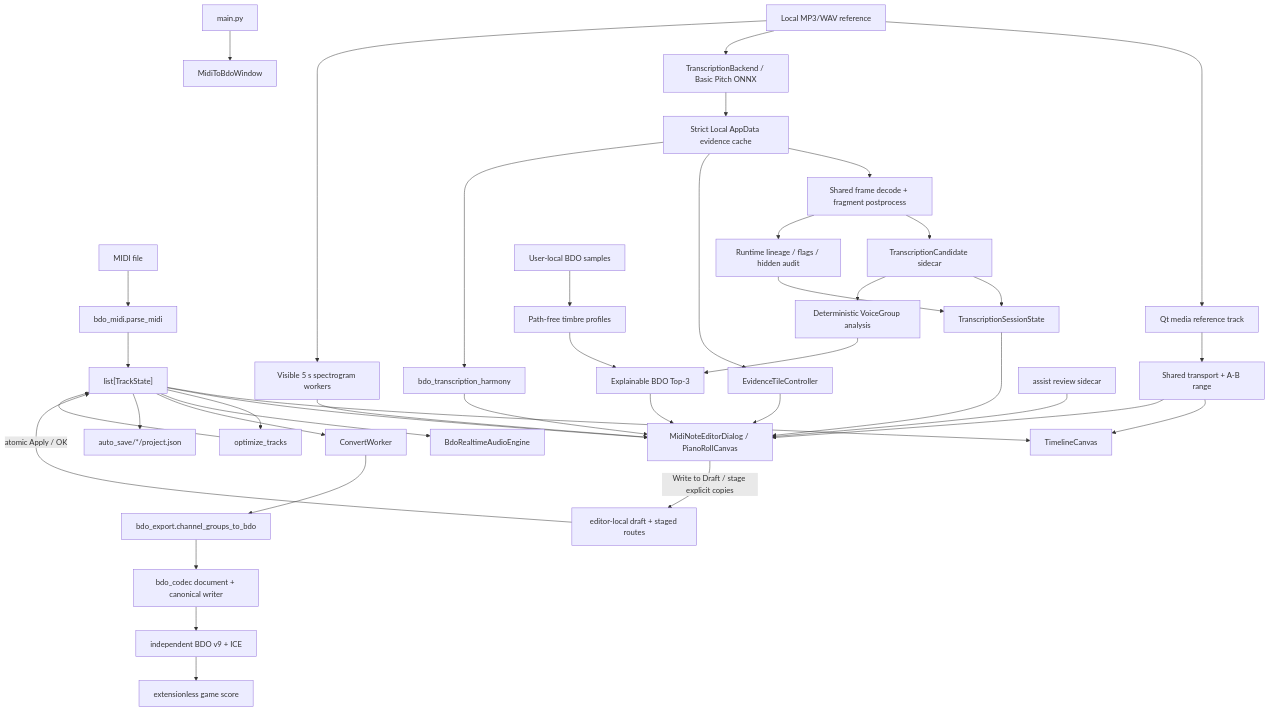
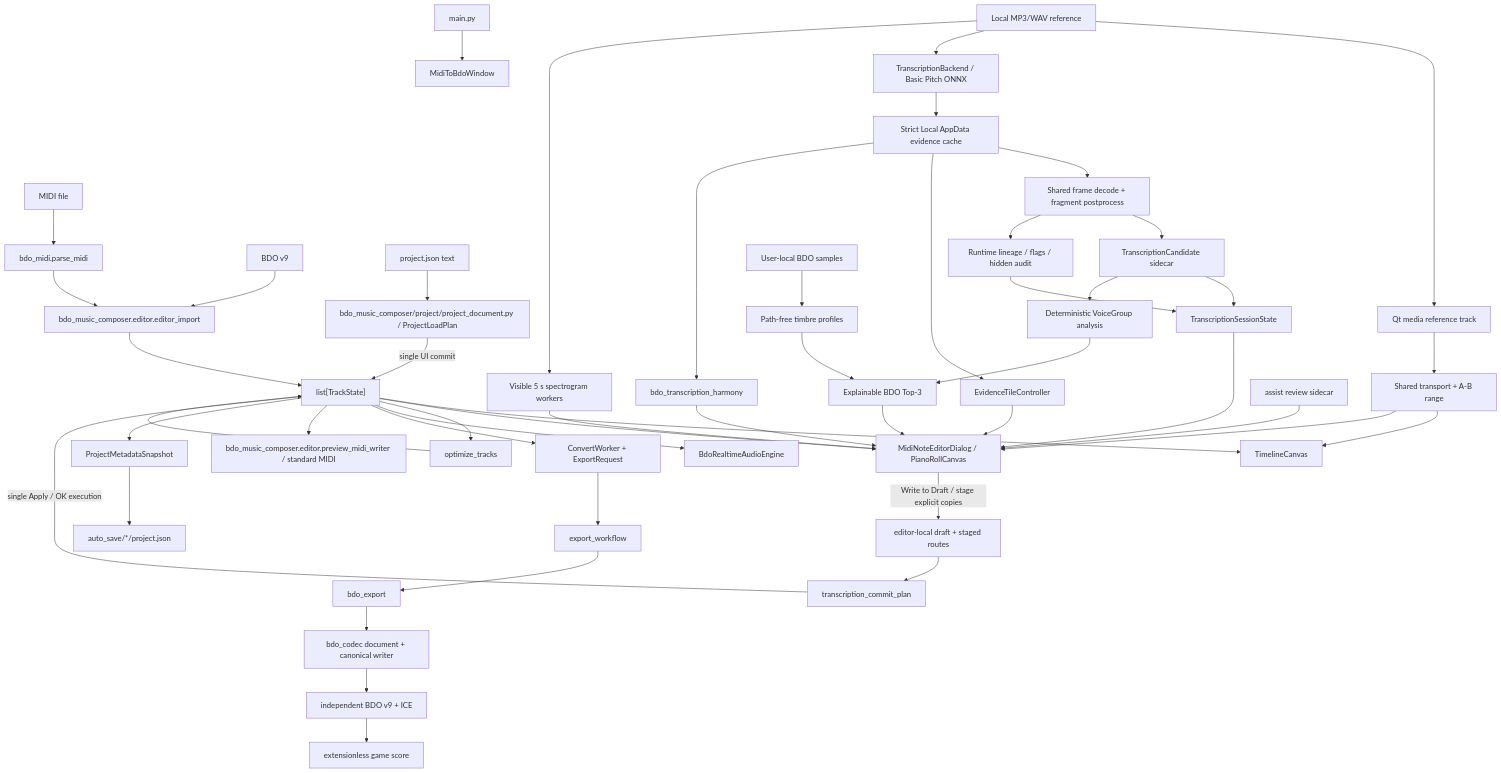
Before and after one commit to CocoaMist/3007-BDO_Music_Composer: the diagram in docs/ARCHITECTURE.md, drawn with Mermaid. The commit also changed other lines of this file and 198 other files, not shown here.

Commit message:
Harden game-score editor architecture and export integrity

````diff
--- a/docs/ARCHITECTURE.md
+++ b/docs/ARCHITECTURE.md
@@ -7,43 +7,51 @@
 ```mermaid
 flowchart TD
     Entry["main.py"] --> GUI["MidiToBdoWindow"]
     MIDI["MIDI file"] --> Parser["bdo_midi.parse_midi"]
-    Parser --> Tracks["list[TrackState]"]
+    BDO["BDO v9"] --> ImportAdapter["bdo_music_composer.editor.editor_import"]
+    Project["project.json text"] --> ProjectPlan["bdo_music_composer/project/project_document.py / ProjectLoadPlan"]
+    Parser --> ImportAdapter
+    ImportAdapter --> Tracks["list[TrackState]"]
+    ProjectPlan -->|"single UI commit"| Tracks
     Tracks --> Timeline["TimelineCanvas"]
     Tracks --> Editor["MidiNoteEditorDialog / PianoRollCanvas"]
     Reference["Local MP3/WAV reference"] --> ReferencePlayer["Qt media reference track"]
     ReferencePlayer --> SharedTransport["Shared transport + A-B range"]
     SharedTransport --> Timeline
     SharedTransport --> Editor
     Reference --> Transcriber["TranscriptionBackend / Basic Pitch ONNX"]
     Reference --> Spectrogram["Visible 5 s spectrogram workers"]
     Transcriber --> Evidence["Strict Local AppData evidence cache"]
     Evidence --> FrameDecode["Shared frame decode + fragment postprocess"]
     FrameDecode --> Candidates["TranscriptionCandidate sidecar"]
     FrameDecode --> Annotations["Runtime lineage / flags / hidden audit"]
     Evidence --> Tiles["EvidenceTileController"]
     Evidence --> Harmony["bdo_transcription_harmony"]
     Tiles --> Editor
     Spectrogram --> Editor
     Candidates --> Session["TranscriptionSessionState"]
     Candidates --> Groups["Deterministic VoiceGroup analysis"]
     LocalSamples["User-local BDO samples"] --> Timbre["Path-free timbre profiles"]
     Groups --> Matches["Explainable BDO Top-3"]
     Timbre --> Matches
     Harmony --> Editor
     Matches --> Editor
     Session --> Editor
     Annotations --> Session
     AssistReview["assist review sidecar"] --> Editor
     Editor -->|"Write to Draft / stage explicit copies"| Draft["editor-local draft + staged routes"]
-    Draft -->|"atomic Apply / OK"| Tracks
+    Draft --> CommitPlan["transcription_commit_plan"]
+    CommitPlan -->|"single Apply / OK execution"| Tracks
     Tracks --> Optimizer["optimize_tracks"]
     Optimizer --> Tracks
     Tracks --> Preview["BdoRealtimeAudioEngine"]
-    Tracks --> Worker["ConvertWorker"]
-    Worker --> Adapter["bdo_export.channel_groups_to_bdo"]
+    Tracks --> Worker["ConvertWorker + ExportRequest"]
+    Worker --> Workflow["export_workflow"]
+    Workflow --> Adapter["bdo_export"]
     Adapter --> Serializer["bdo_codec document + canonical writer"]
     Serializer --> ICE["independent BDO v9 + ICE"]
     ICE --> GameScore["extensionless game score"]
-    Tracks --> Autosave["auto_save/*/project.json"]
+    Tracks --> MidiProjection["bdo_music_composer.editor.preview_midi_writer / standard MIDI"]
+    Tracks --> MetadataSnapshot["ProjectMetadataSnapshot"]
+    MetadataSnapshot --> Autosave["auto_save/*/project.json"]
 ```
````
